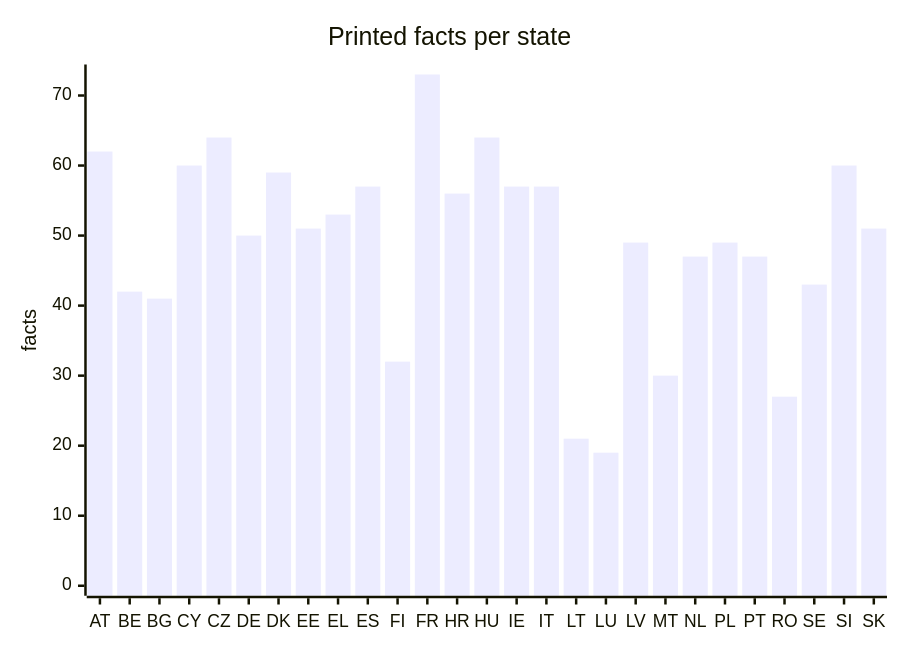
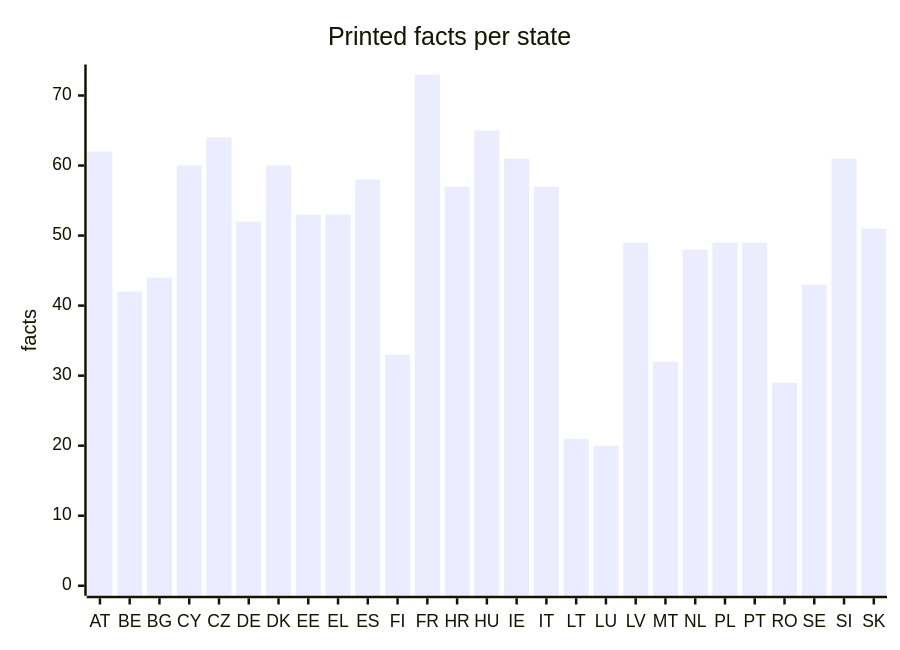
One commit to EU27-data-sovereignty/eu27-data-sovereignty changed the fourth of 5 diagrams in docs/evidence.md. Above: the diagram before and after it, drawn with Mermaid. The commit also changed other lines of this file and 125 other files, not shown here.

````diff
--- a/docs/evidence.md
+++ b/docs/evidence.md
@@ -85,7 +85,7 @@
 ```mermaid
 xychart-beta
   title "Printed facts per state"
   x-axis [AT, BE, BG, CY, CZ, DE, DK, EE, EL, ES, FI, FR, HR, HU, IE, IT, LT, LU, LV, MT, NL, PL, PT, RO, SE, SI, SK]
   y-axis "facts" 0 --> 73
-  bar [62, 42, 41, 60, 64, 50, 59, 51, 53, 57, 32, 73, 56, 64, 57, 57, 21, 19, 49, 30, 47, 49, 47, 27, 43, 60, 51]
+  bar [62, 42, 44, 60, 64, 52, 60, 53, 53, 58, 33, 73, 57, 65, 61, 57, 21, 20, 49, 32, 48, 49, 49, 29, 43, 61, 51]
 ```
````
